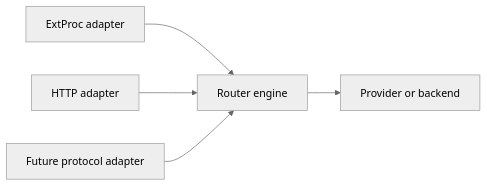
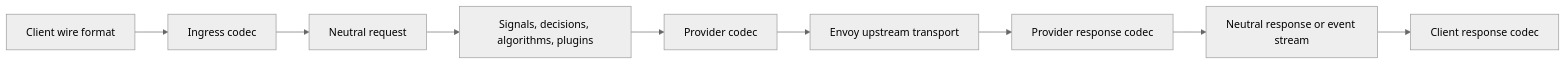
One commit to vllm-project/semantic-router changed the diagram in website/docs/proposals/multi-protocol-adaptor.md. Above: the diagram before and after it, drawn with Mermaid (neutral theme). The commit also changed other lines of this file and 1793 other files, not shown here.

````diff
--- a/website/docs/proposals/multi-protocol-adaptor.md
+++ b/website/docs/proposals/multi-protocol-adaptor.md
@@ -21,7 +22,11 @@
 ```mermaid
 flowchart LR
-  ExtProc["ExtProc adapter"] --> Engine["Router engine"]
-  HTTP["HTTP adapter"] --> Engine
-  Future["Future protocol adapter"] --> Engine
-  Engine --> Provider["Provider or backend"]
+  Client["Client wire format"] --> Ingress["Ingress codec"]
+  Ingress --> Request["Neutral request"]
+  Request --> Router["Signals, decisions, algorithms, plugins"]
+  Router --> Provider["Provider codec"]
+  Provider --> Envoy["Envoy upstream transport"]
+  Envoy --> ProviderResponse["Provider response codec"]
+  ProviderResponse --> Response["Neutral response or event stream"]
+  Response --> ClientResponse["Client response codec"]
 ```
````
